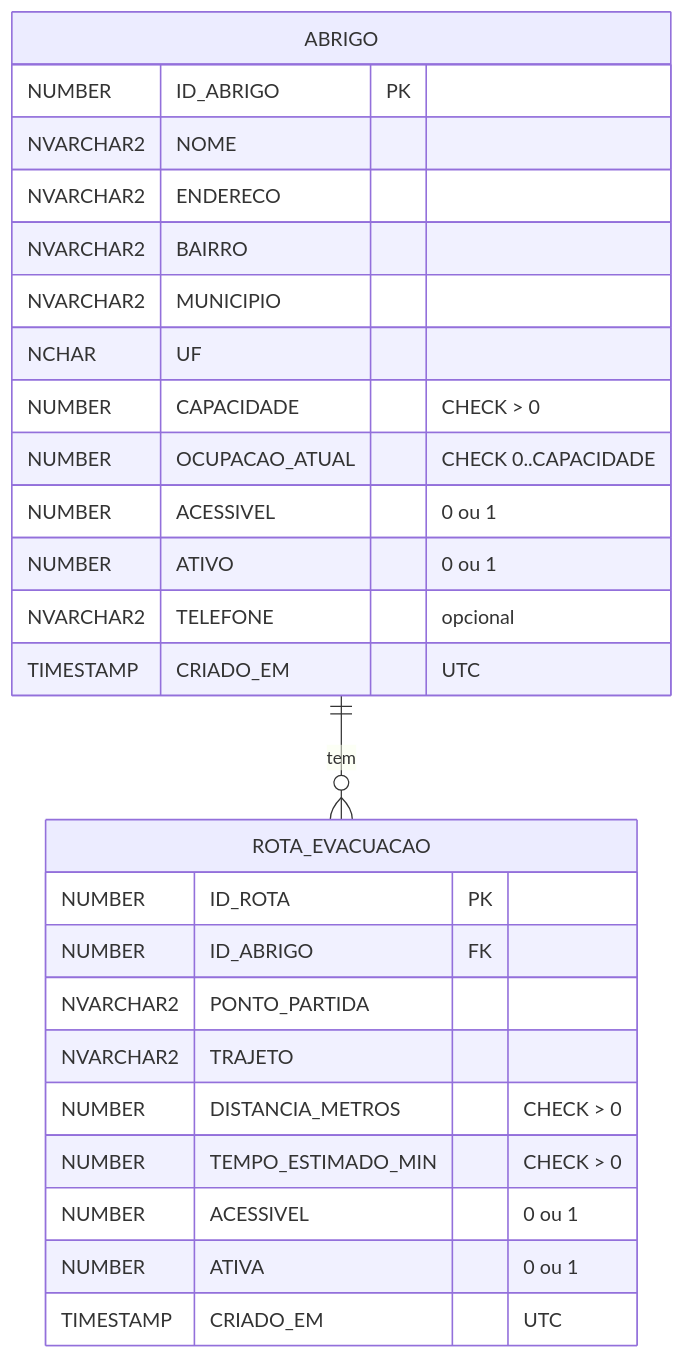
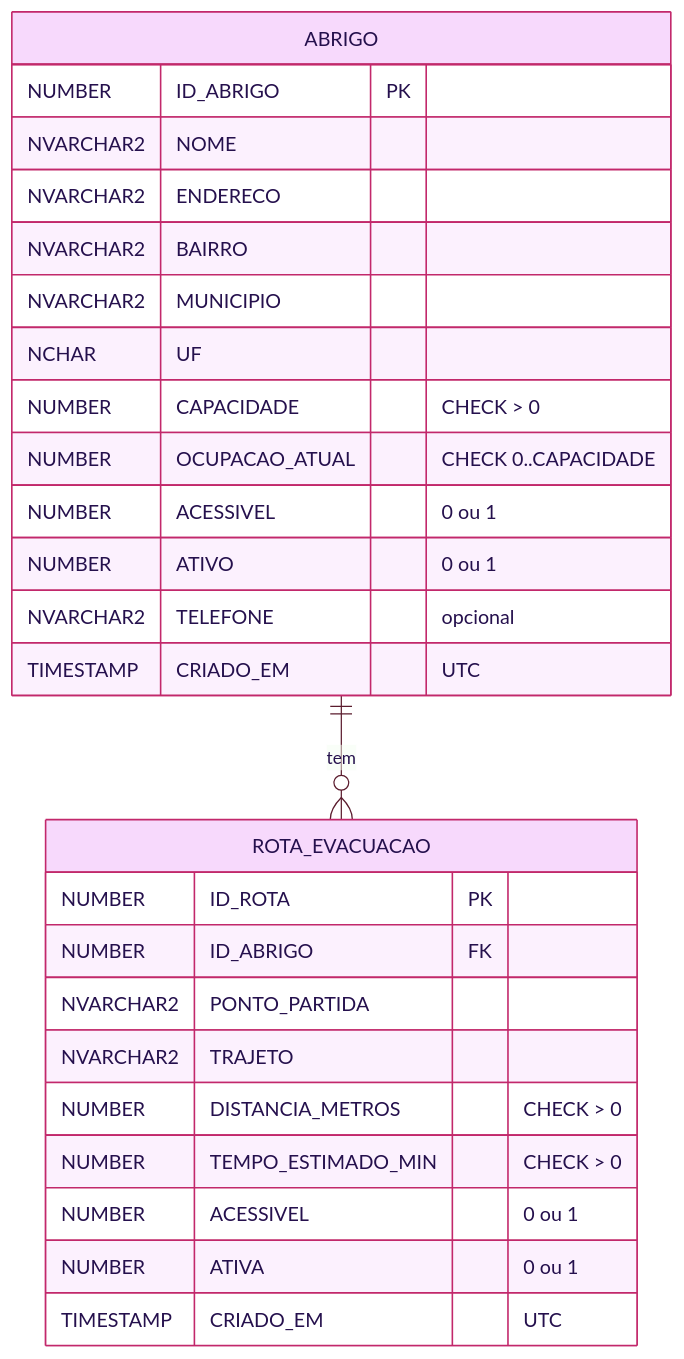
One commit to rhayssagraziano/sinaliza-ai-dotnet changed the diagram in README.md. Above: the diagram before and after it, drawn with Mermaid. The commit also changed other lines of this file and 5 other files, not shown here.

````diff
--- a/README.md
+++ b/README.md
@@ -47,29 +49,30 @@
 ```mermaid
+%%{init: {'theme':'base','themeVariables':{'primaryColor':'#F7D9FC','primaryTextColor':'#25104D','primaryBorderColor':'#C2286B','lineColor':'#5B1C2E','textColor':'#25104D','attributeBackgroundColorOdd':'#FFFFFF','attributeBackgroundColorEven':'#F7D9FC','fontFamily':'Segoe UI, Arial, sans-serif'}}}%%
 erDiagram
     ABRIGO ||--o{ ROTA_EVACUACAO : "tem"
     ABRIGO {
         NUMBER ID_ABRIGO PK
         NVARCHAR2 NOME
         NVARCHAR2 ENDERECO
         NVARCHAR2 BAIRRO
         NVARCHAR2 MUNICIPIO
         NCHAR UF
         NUMBER CAPACIDADE "CHECK > 0"
         NUMBER OCUPACAO_ATUAL "CHECK 0..CAPACIDADE"
         NUMBER ACESSIVEL "0 ou 1"
         NUMBER ATIVO "0 ou 1"
         NVARCHAR2 TELEFONE "opcional"
         TIMESTAMP CRIADO_EM "UTC"
     }
     ROTA_EVACUACAO {
         NUMBER ID_ROTA PK
         NUMBER ID_ABRIGO FK
         NVARCHAR2 PONTO_PARTIDA
         NVARCHAR2 TRAJETO
         NUMBER DISTANCIA_METROS "CHECK > 0"
         NUMBER TEMPO_ESTIMADO_MIN "CHECK > 0"
         NUMBER ACESSIVEL "0 ou 1"
         NUMBER ATIVA "0 ou 1"
         TIMESTAMP CRIADO_EM "UTC"
     }
 ```
````
